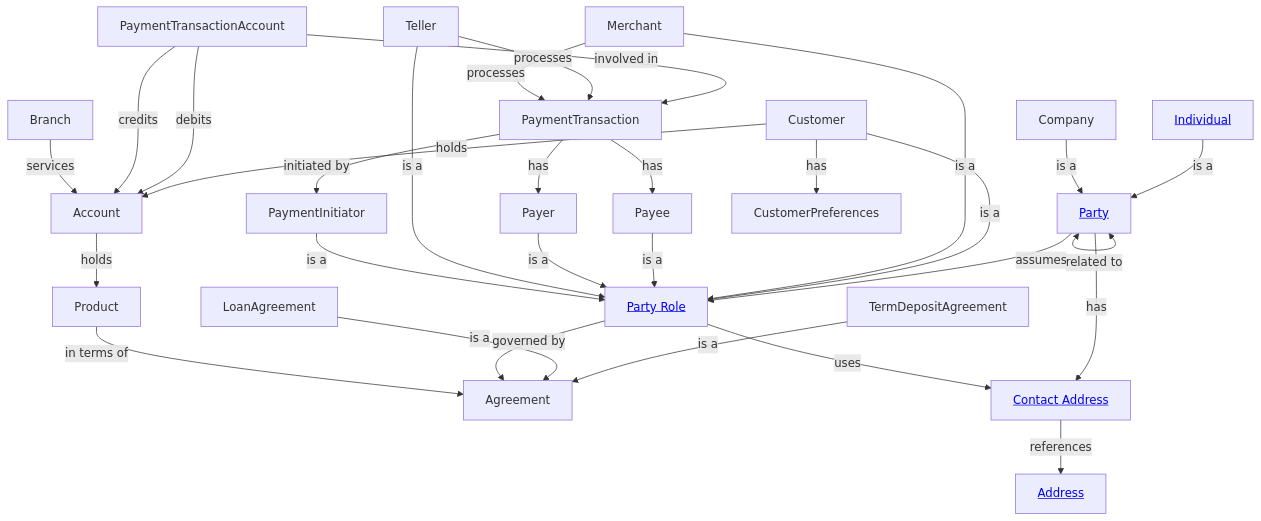
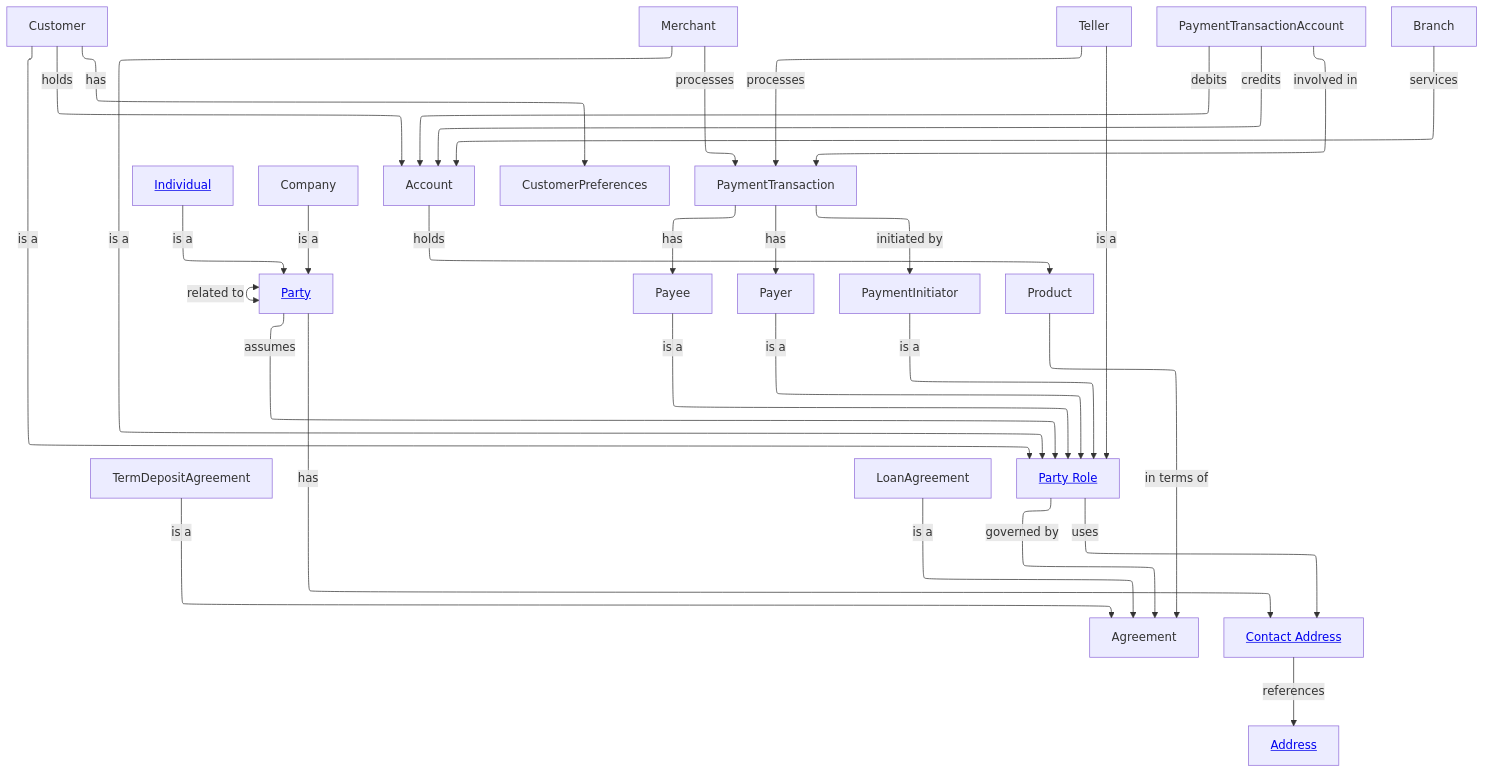
The diagram in examples/Financial Crime/domain.md (Semprini/md-ddl), drawn with Mermaid before and after one commit. The commit also changed 8 other files, not shown here.

````diff
--- a/examples/Financial Crime/domain.md
+++ b/examples/Financial Crime/domain.md
@@ -48,51 +48,48 @@
 ```mermaid
 ---
 config:
-  layout: elk
-  look: classic
-  theme: dark
+  layout: elk
 ---
-graph TD
+graph
 
   Individual --> |is a|Party
   Company --> |is a|Party
   TermDepositAgreement --> |is a|Agreement
   LoanAgreement --> |is a|Agreement
 
   Party <--> |related to|Party
   Party --> |assumes|PartyRole
 
   Customer --> |is a|PartyRole
   Merchant --> |is a|PartyRole
   Payee --> |is a|PartyRole
   Payer --> |is a|PartyRole
   Teller --> |is a|PartyRole
   PaymentInitiator --> |is a|PartyRole
 
   Party --> |has|ContactAddress
   PartyRole -->|uses|ContactAddress
   Customer --> |holds|Account
   Customer --> |has|CustomerPreferences
   PartyRole --> |governed by|Agreement
   PaymentTransaction --> |has|Payer
   PaymentTransaction --> |has|Payee
   PaymentTransaction --> |initiated by|PaymentInitiator
   PaymentTransactionAccount --> |involved in|PaymentTransaction
   PaymentTransactionAccount --> |debits|Account
   PaymentTransactionAccount --> |credits|Account
   Teller --> |processes|PaymentTransaction
   Merchant --> |processes|PaymentTransaction
 
   Account --> |holds|Product
   Branch --> |services|Account
 
   Product --> |in terms of|Agreement
   ContactAddress --> |references|Address
 
   Party["<a href='entities/party.md'>Party</a>"]
   Individual[<a href='entities/individual.md'>Individual</a>]
   PartyRole["<a href='entities/party_role.md'>Party Role</a>"]
   Address["<a href='entities/address.md'>Address</a>"]
   ContactAddress["<a href='entities/contact_address.md'>Contact Address</a>"]
-
 ```
````
